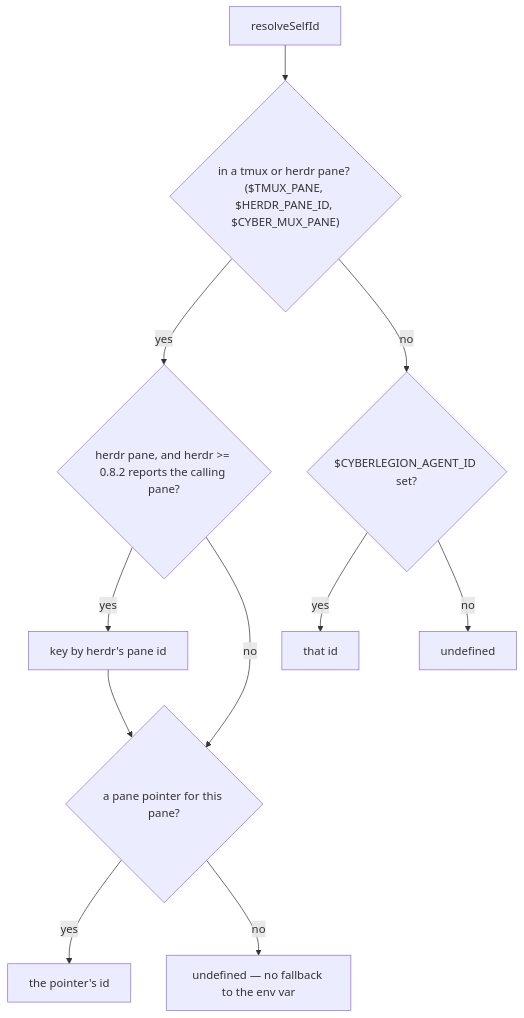
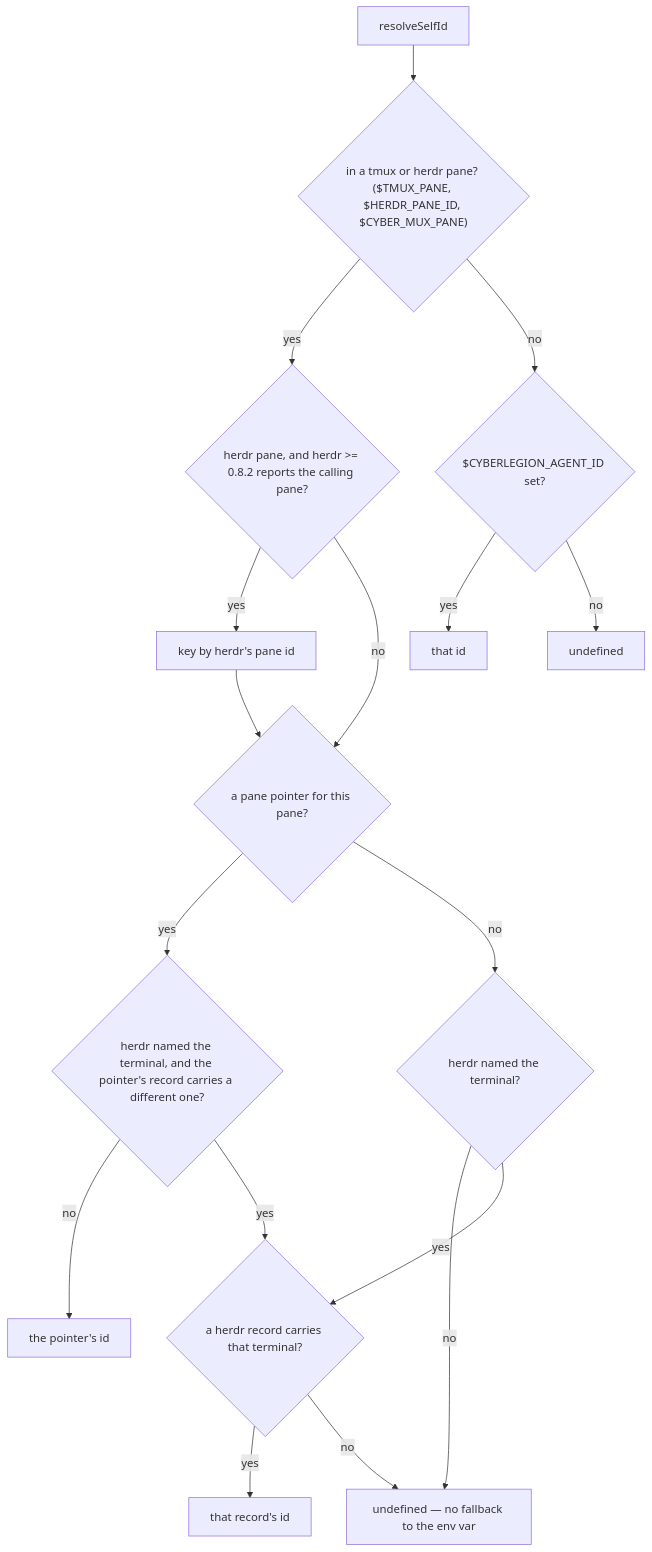
One commit to cyberuni/cyberlegion changed the fourth of 13 diagrams in packages/cyberlegion/.agents/spec/unit/registry/README.md. Above: the diagram before and after it, drawn with Mermaid. The commit also changed other lines of this file and 13 other files, not shown here.

First line of the commit message:
fix: follow a moved herdr pane by its terminal id so prune keeps the live unit (#273)

````diff
--- a/packages/cyberlegion/.agents/spec/unit/registry/README.md
+++ b/packages/cyberlegion/.agents/spec/unit/registry/README.md
@@ -517,12 +543,18 @@
 ```mermaid
 graph TD
   SI0["resolveSelfId"] --> SI1{"in a tmux or herdr pane? ($TMUX_PANE, $HERDR_PANE_ID, $CYBER_MUX_PANE)"}
   SI1 -- yes --> SIH{"herdr pane, and herdr >= 0.8.2 reports the calling pane?"}
   SIH -- yes --> SIHY["key by herdr's pane id"] --> SI2
   SIH -- no --> SI2{"a pane pointer for this pane?"}
-  SI2 -- yes --> SI2Y["the pointer's id"]
-  SI2 -- no --> SI2N["undefined — no fallback to the env var"]
+  SI2 -- yes --> SIT{"herdr named the terminal, and the pointer's record carries a different one?"}
+  SIT -- no --> SI2Y["the pointer's id"]
+  SIT -- yes --> SIT1
+  SI2 -- no --> SIT0{"herdr named the terminal?"}
+  SIT0 -- no --> SI2N["undefined — no fallback to the env var"]
+  SIT0 -- yes --> SIT1{"a herdr record carries that terminal?"}
+  SIT1 -- yes --> SITY["that record's id"]
+  SIT1 -- no --> SI2N
   SI1 -- no --> SI3{"$CYBERLEGION_AGENT_ID set?"}
   SI3 -- yes --> SI3Y["that id"]
   SI3 -- no --> SI3N["undefined"]
 ```
````
